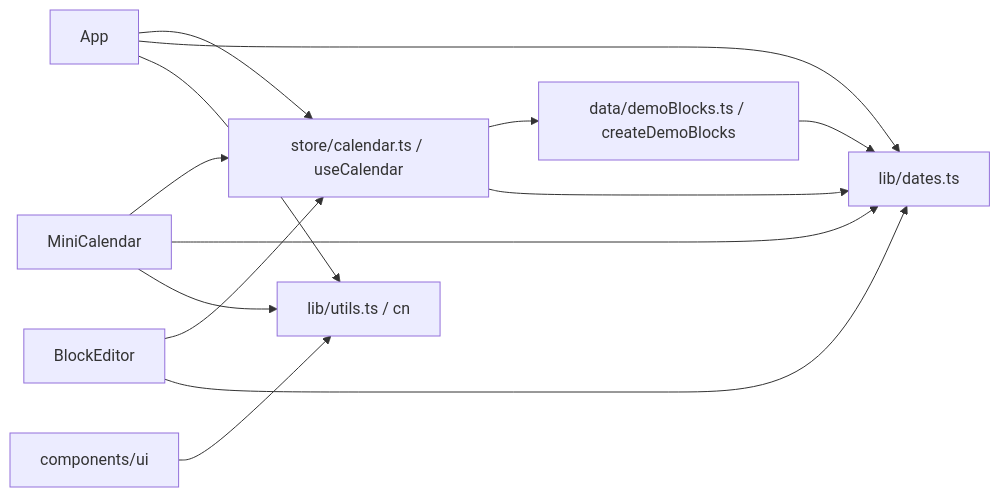
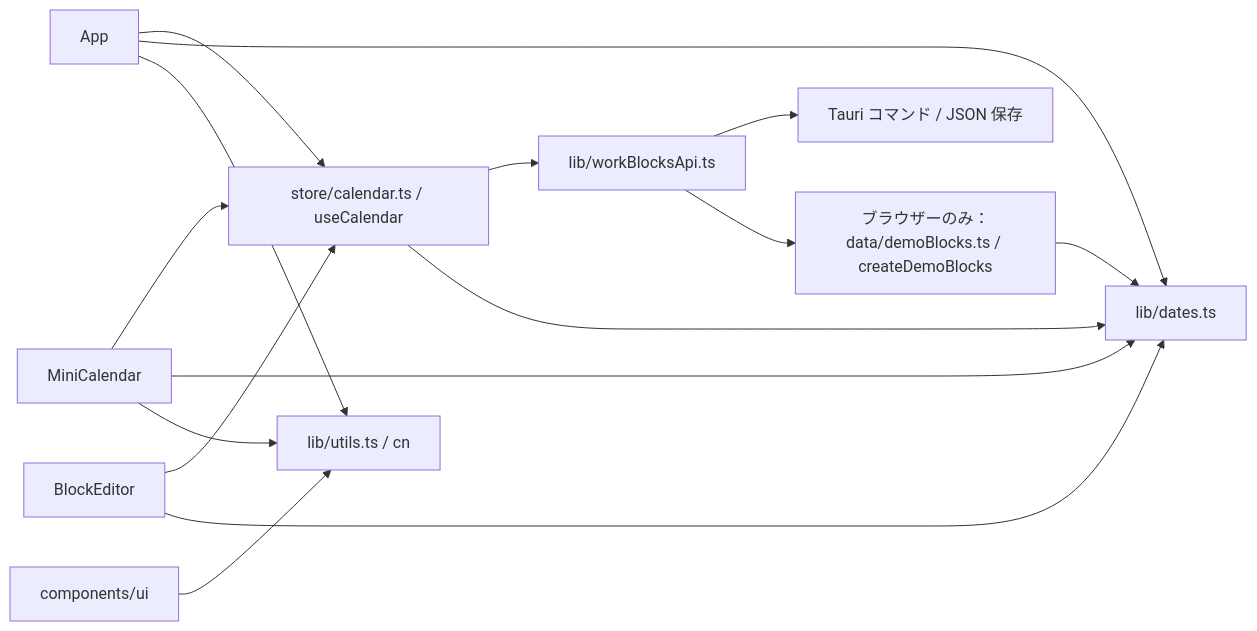
Before and after one commit to DSawada3/devscope: the second of 3 diagrams in docs/architecture/frontend.md, drawn with Mermaid. The commit also changed other lines of this file and 19 other files, not shown here.

First line of the commit message:
feat: 作業ブロック API と JSON 永続化を実装

````diff
--- a/docs/architecture/frontend.md
+++ b/docs/architecture/frontend.md
@@ -49,15 +49,17 @@
 ```mermaid
 flowchart LR
   App["App"] --> Store["store/calendar.ts / useCalendar"]
   Mini["MiniCalendar"] --> Store
   Editor["BlockEditor"] --> Store
-  Store --> Demo["data/demoBlocks.ts / createDemoBlocks"]
+  Store --> API["lib/workBlocksApi.ts"]
+  API --> Rust["Tauri コマンド / JSON 保存"]
+  API --> Demo["ブラウザーのみ：data/demoBlocks.ts / createDemoBlocks"]
   Store --> Dates["lib/dates.ts"]
   Demo --> Dates
   App --> Dates
   Mini --> Dates
   Editor --> Dates
   App --> Utils["lib/utils.ts / cn"]
   Mini --> Utils
   UI["components/ui"] --> Utils
 ```
````
